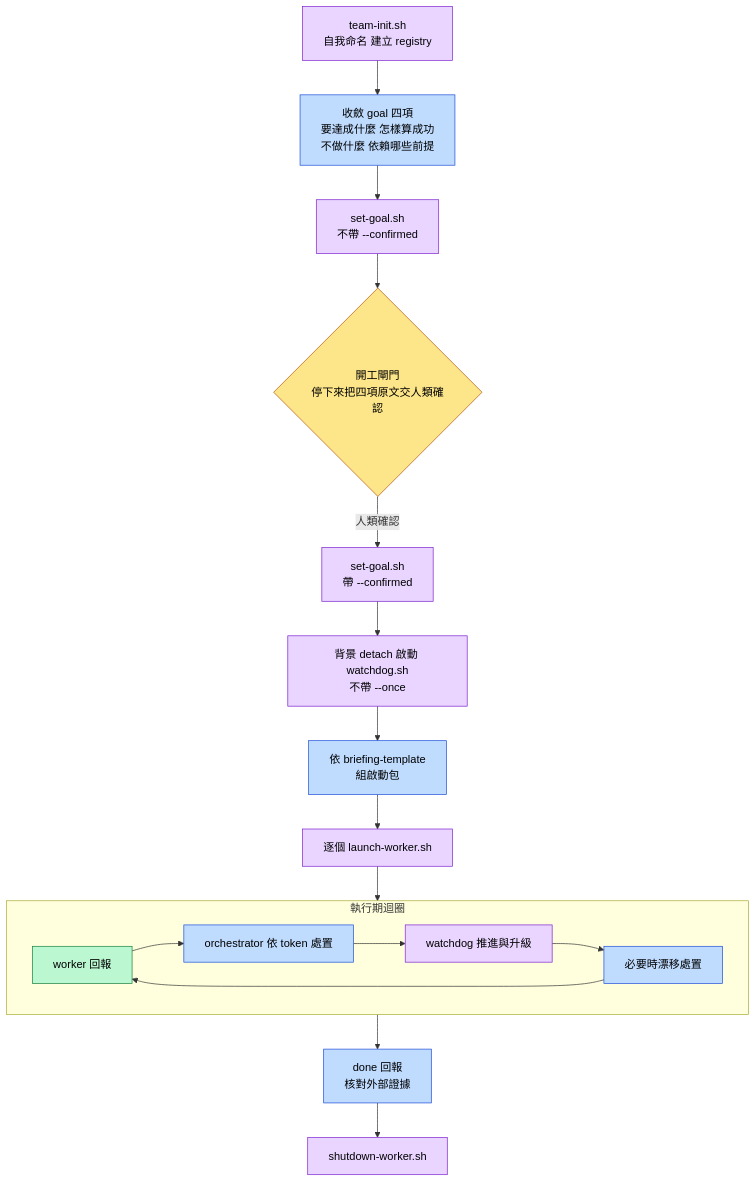
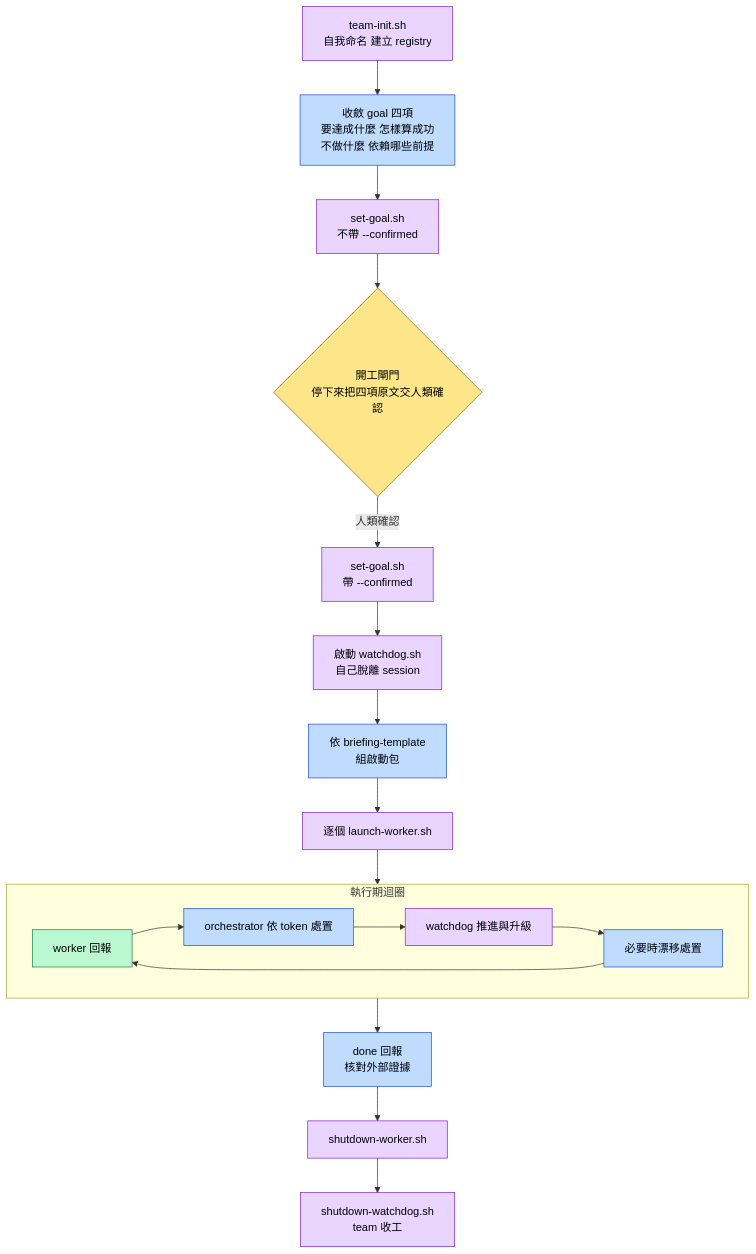
Before and after one commit to chenghung/my-claude-code-settings: the third of 18 diagrams in skills/herdr-agent-team/README.md, drawn with Mermaid. The commit also changed other lines of this file and 13 other files, not shown here.

Commit message:
Make the herdr-agent-team watchdog detach itself, add shutdown-watchdog.sh, and detect existing teams in team-init.sh (#88)

````diff
--- a/skills/herdr-agent-team/README.md
+++ b/skills/herdr-agent-team/README.md
@@ -113,29 +113,30 @@
 ```mermaid
 flowchart TD
     s1["team-init.sh<br/>自我命名 建立 registry"] --> s2["收斂 goal 四項<br/>要達成什麼 怎樣算成功<br/>不做什麼 依賴哪些前提"]
     s2 --> s3["set-goal.sh<br/>不帶 --confirmed"]
     s3 --> gate{"開工閘門<br/>停下來把四項原文交人類確認"}
     gate -->|"人類確認"| s5["set-goal.sh<br/>帶 --confirmed"]
-    s5 --> s6["背景 detach 啟動 watchdog.sh<br/>不帶 --once"]
+    s5 --> s6["啟動 watchdog.sh<br/>自己脫離 session"]
     s6 --> s7["依 briefing-template<br/>組啟動包"]
     s7 --> s8["逐個 launch-worker.sh"]
     s8 --> run
     subgraph run["執行期迴圈"]
         r1["worker 回報"] --> r2["orchestrator 依 token 處置"]
         r2 --> r3["watchdog 推進與升級"]
         r3 --> r4["必要時漂移處置"]
         r4 --> r1
     end
     run --> s9["done 回報<br/>核對外部證據"]
     s9 --> s10["shutdown-worker.sh"]
+    s10 --> s11["shutdown-watchdog.sh<br/>team 收工"]
 
     classDef kOrch fill:#bfdbfe,stroke:#1d4ed8,color:#000
     classDef kHuman fill:#fde68a,stroke:#b45309,color:#000
     classDef kScript fill:#e9d5ff,stroke:#7e22ce,color:#000
     classDef kWorker fill:#bbf7d0,stroke:#15803d,color:#000
-    class s1,s3,s5,s6,s8,s10 kScript
+    class s1,s3,s5,s6,s8,s10,s11 kScript
     class s2,s7,s9,r2,r4 kOrch
     class gate kHuman
     class r1 kWorker
     class r3 kScript
 ```
````
